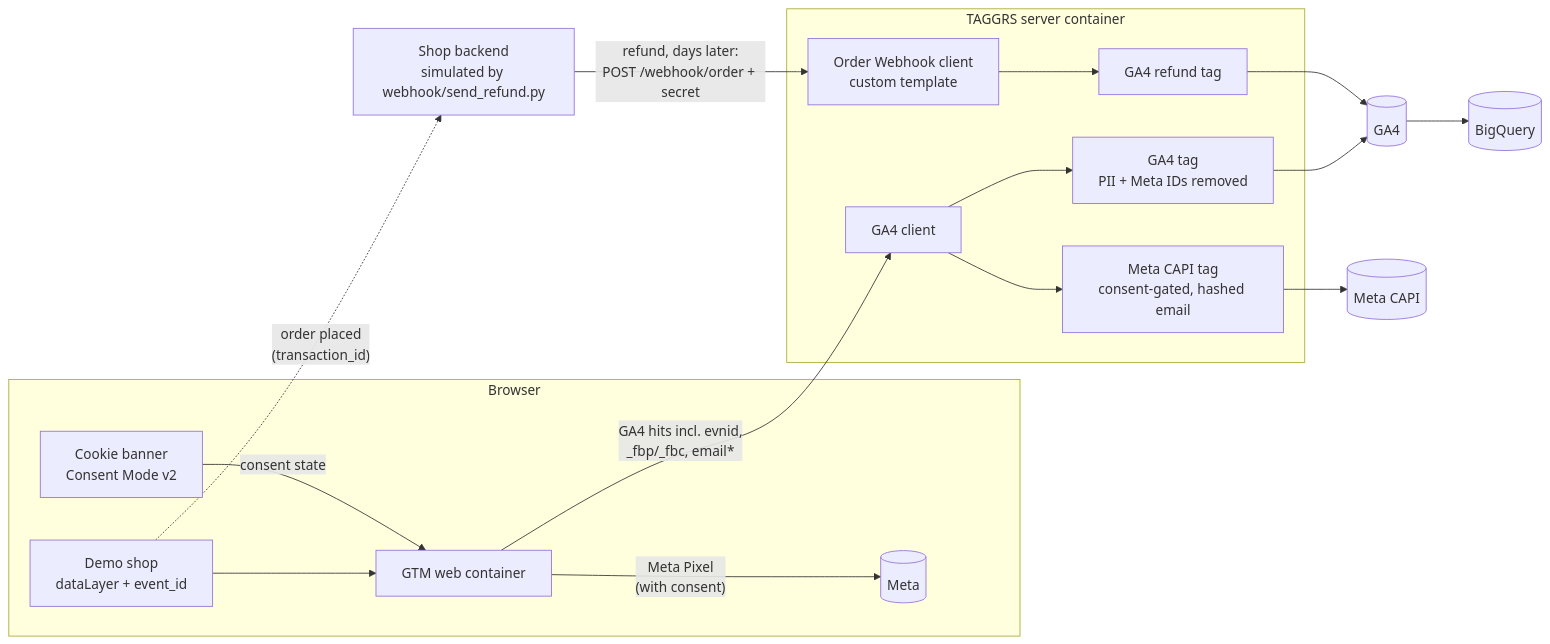
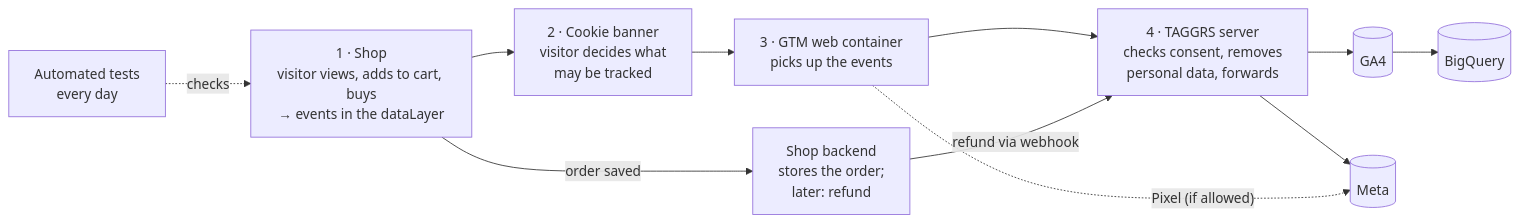
The diagram in README.md (gaurav-1410/server-side-tracking), drawn with Mermaid before and after one commit. The commit also changed other lines of this file, not shown here.

Commit message:
README updated

````diff
--- a/README.md
+++ b/README.md
@@ -22,23 +22,20 @@
 ```mermaid
 flowchart LR
-    subgraph Browser
-        Shop["Demo shop<br/>dataLayer + event_id"]
-        CMP["Cookie banner<br/>Consent Mode v2"]
-        WebGTM["GTM web container"]
-        Shop --> WebGTM
-        CMP -- "consent state" --> WebGTM
-        WebGTM -- "Meta Pixel<br/>(with consent)" --> MetaB[("Meta")]
-    end
-    Shop -. "order placed<br/>(transaction_id)" .-> Backend["Shop backend<br/>simulated by webhook/send_refund.py"]
-    WebGTM -- "GA4 hits incl. evnid,<br/>_fbp/_fbc, email*" --> GA4C
-    Backend -- "refund, days later:<br/>POST /webhook/order + secret" --> WH
-    subgraph SGTM["TAGGRS server container"]
-        GA4C["GA4 client"] --> T1["GA4 tag<br/>PII + Meta IDs removed"]
-        GA4C --> T2["Meta CAPI tag<br/>consent-gated, hashed email"]
-        WH["Order Webhook client<br/>custom template"] --> T3["GA4 refund tag"]
-    end
-    T1 --> GA4[("GA4")]
-    T3 --> GA4
-    GA4 --> BQ[("BigQuery")]
-    T2 --> MetaS[("Meta CAPI")]
+    A["1 · Shop<br/>visitor views, adds to cart, buys<br/>→ events in the dataLayer"]
+    B["2 · Cookie banner<br/>visitor decides what<br/>may be tracked"]
+    C["3 · GTM web container<br/>picks up the events"]
+    D["4 · TAGGRS server<br/>checks consent, removes<br/>personal data, forwards"]
+    E[("GA4")]
+    F[("Meta")]
+    G[("BigQuery")]
+    R["Shop backend<br/>stores the order;<br/>later: refund"]
+    T["Automated tests<br/>every day"]
+ 
+    A --> B --> C --> D
+    D --> E --> G
+    D --> F
+    C -. "Pixel (if allowed)" .-> F
+    A -- "order saved" --> R
+    R -- "refund via webhook" --> D
+    T -. "checks" .-> A
 ```
````
